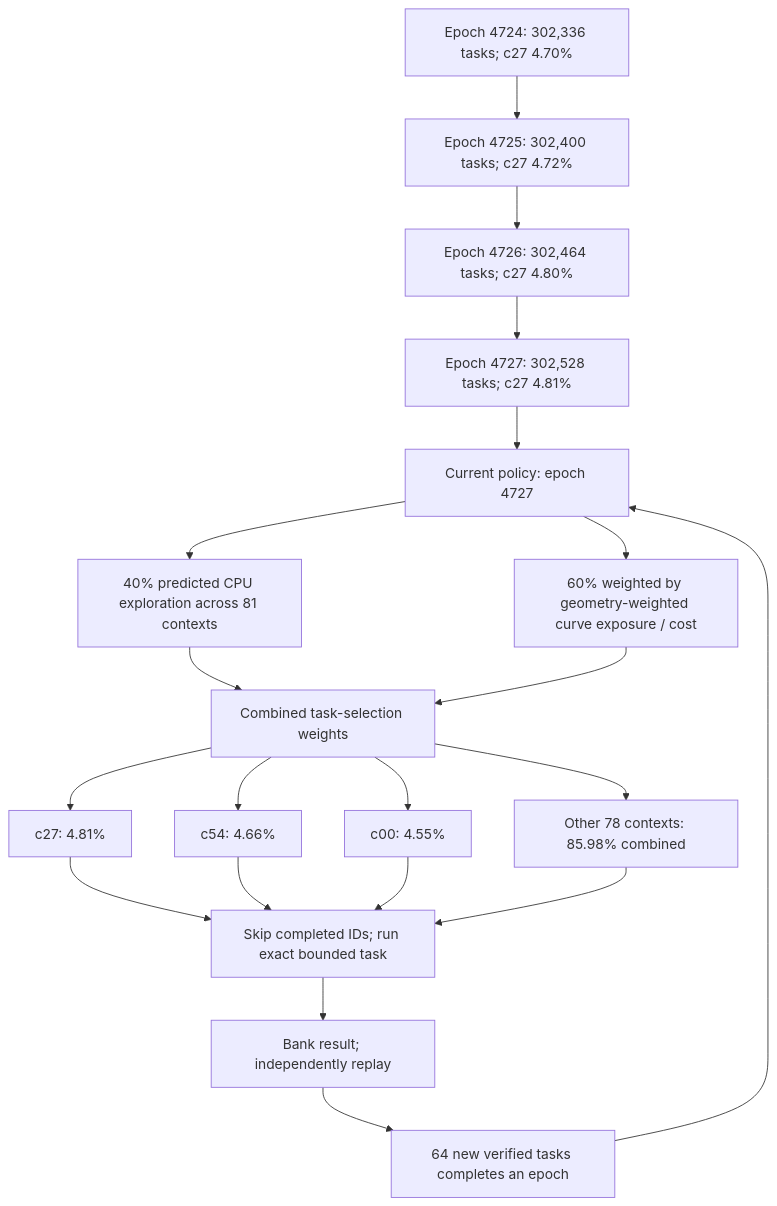
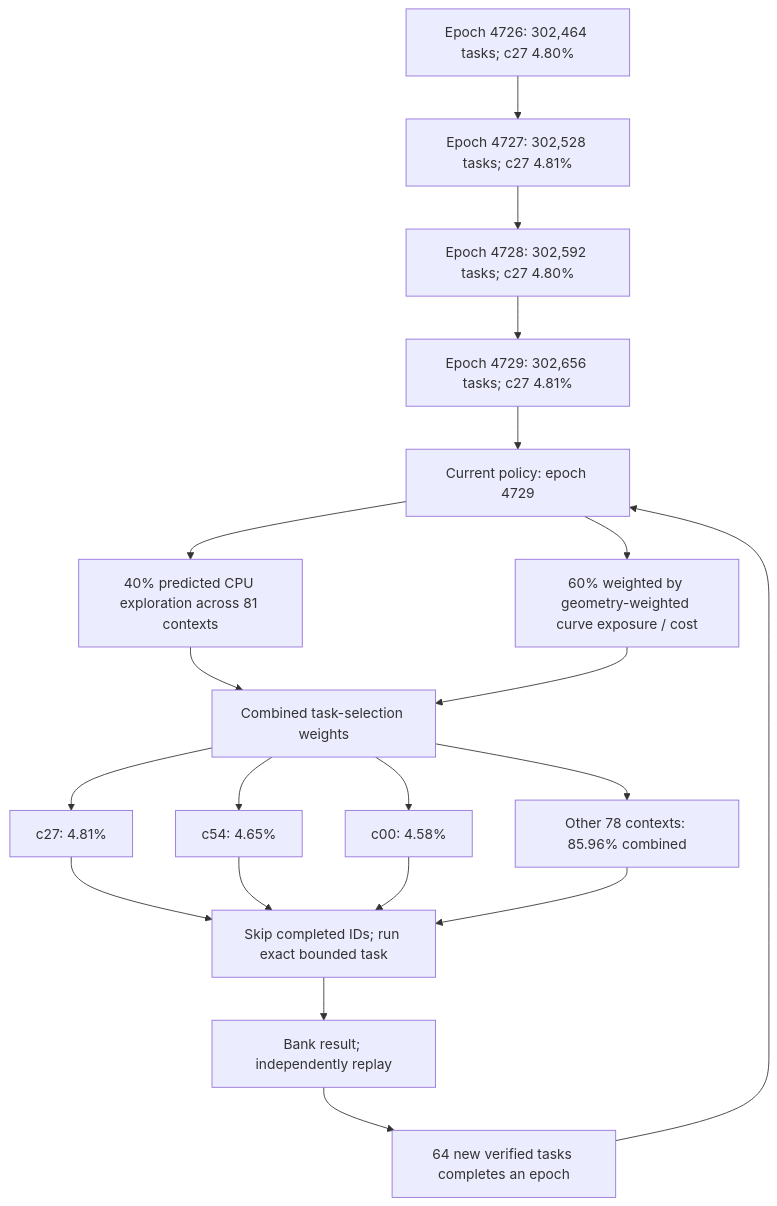
One commit to Kuberwastaken/math-gambling changed the first of 3 diagrams in README.md. Above: the diagram before and after it, drawn with Mermaid. The commit also changed other lines of this file and 256 other files, not shown here.

````diff
--- a/README.md
+++ b/README.md
@@ -60,27 +60,27 @@
 ```mermaid
 flowchart TD
-    H0["Epoch 4724: 302,336 tasks; c27 4.70%"]
-    H1["Epoch 4725: 302,400 tasks; c27 4.72%"]
+    H0["Epoch 4726: 302,464 tasks; c27 4.80%"]
+    H1["Epoch 4727: 302,528 tasks; c27 4.81%"]
     H0 --> H1
-    H2["Epoch 4726: 302,464 tasks; c27 4.80%"]
+    H2["Epoch 4728: 302,592 tasks; c27 4.80%"]
     H1 --> H2
-    H3["Epoch 4727: 302,528 tasks; c27 4.81%"]
+    H3["Epoch 4729: 302,656 tasks; c27 4.81%"]
     H2 --> H3
-    Policy["Current policy: epoch 4727"]
+    Policy["Current policy: epoch 4729"]
     H3 --> Policy
     Policy --> Explore["40% predicted CPU exploration across 81 contexts"]
     Policy --> Cost["60% weighted by geometry-weighted curve exposure / cost"]
     Explore --> Mix["Combined task-selection weights"]
     Cost --> Mix
     Mix --> C0["c27: 4.81%"]
-    Mix --> C1["c54: 4.66%"]
-    Mix --> C2["c00: 4.55%"]
-    Mix --> Rest["Other 78 contexts: 85.98% combined"]
+    Mix --> C1["c54: 4.65%"]
+    Mix --> C2["c00: 4.58%"]
+    Mix --> Rest["Other 78 contexts: 85.96% combined"]
     C0 --> Check["Skip completed IDs; run exact bounded task"]
     C1 --> Check
     C2 --> Check
     Rest --> Check
     Check --> Replay["Bank result; independently replay"]
     Replay --> Gate["64 new verified tasks completes an epoch"]
     Gate --> Policy
 ```
````
